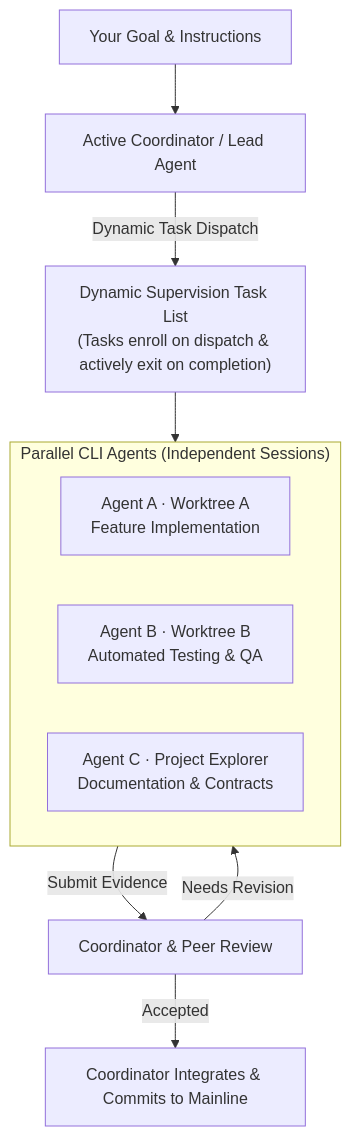
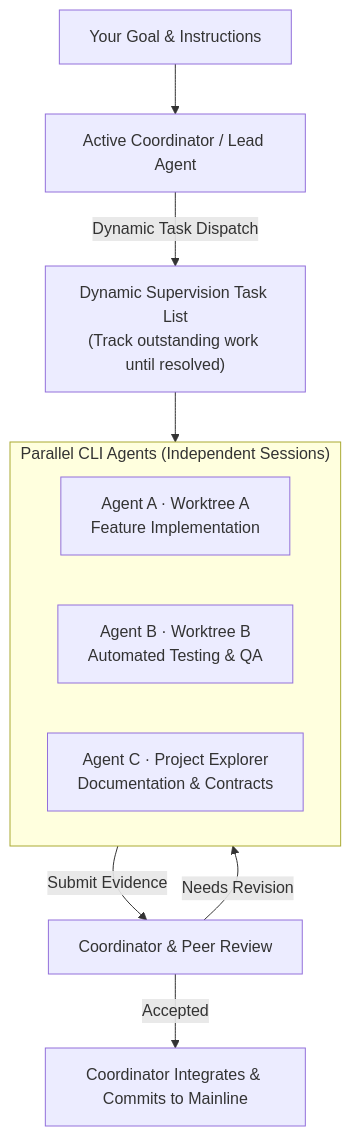
Before and after one commit to OthinusG/warpai: the diagram in README.md, drawn with Mermaid. The commit also changed other lines of this file and 4 other files, not shown here.

Commit message:
docs: explain continuous supervision and traceable task handoffs

````diff
--- a/README.md
+++ b/README.md
@@ -66,15 +66,15 @@
 ```mermaid
 flowchart TB
     Goal["Your Goal & Instructions"] --> Coordinator["Active Coordinator / Lead Agent"]
-    Coordinator -->|Dynamic Task Dispatch| TaskPool["Dynamic Supervision Task List<br/>(Tasks enroll on dispatch & actively exit on completion)"]
+    Coordinator -->|Dynamic Task Dispatch| TaskPool["Dynamic Supervision Task List<br/>(Track outstanding work until resolved)"]
     TaskPool --> Team
     subgraph Team["Parallel CLI Agents (Independent Sessions)"]
         direction LR
         AgentA["Agent A · Worktree A<br/>Feature Implementation"]
         AgentB["Agent B · Worktree B<br/>Automated Testing & QA"]
         AgentC["Agent C · Project Explorer<br/>Documentation & Contracts"]
     end
     Team -->|Submit Evidence| Review["Coordinator & Peer Review"]
     Review -->|Needs Revision| Team
     Review -->|Accepted| Delivery["Coordinator Integrates & Commits to Mainline"]
 ```
````
